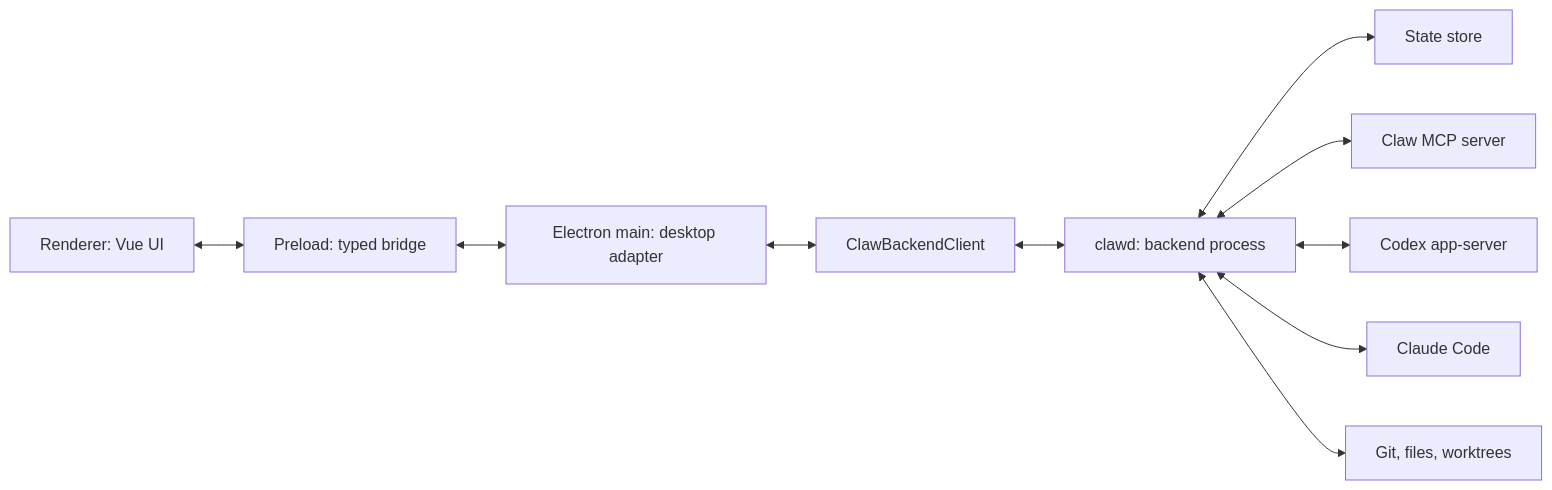
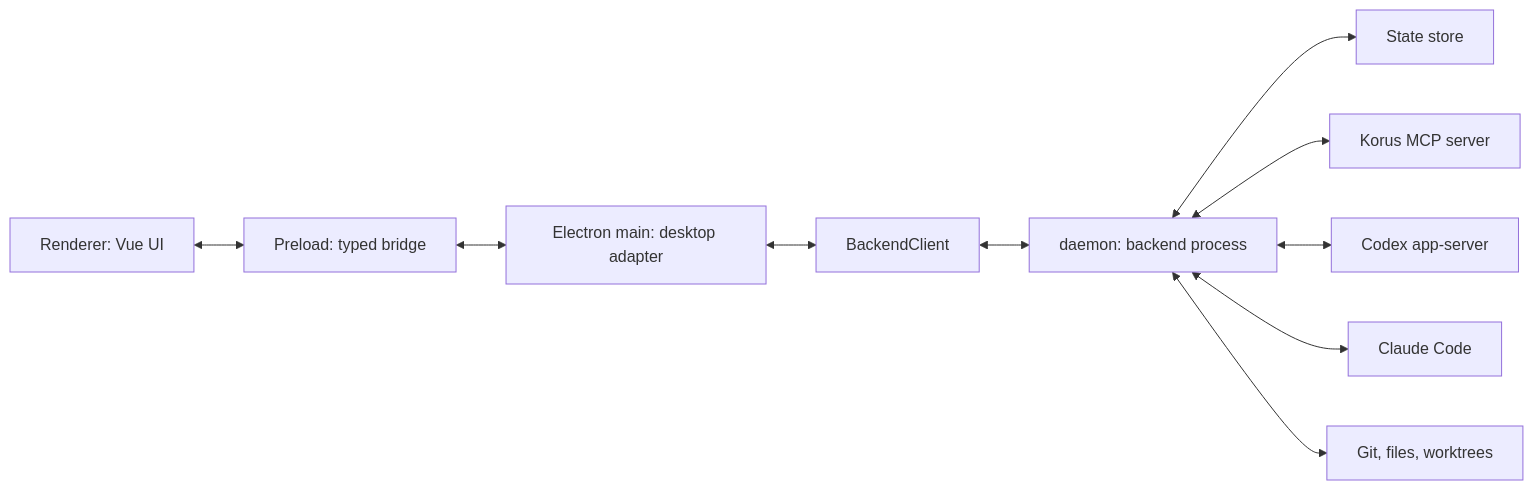
Before and after one commit to nbonamy/codex-claw: the diagram in docs/backend-architecture.md, drawn with Mermaid. The commit also changed other lines of this file and 792 other files, not shown here.

````diff
--- a/docs/backend-architecture.md
+++ b/docs/backend-architecture.md
@@ -430,23 +430,23 @@
 ```mermaid
 flowchart LR
   Renderer["Renderer: Vue UI"]
   Preload["Preload: typed bridge"]
   Main["Electron main: desktop adapter"]
-  Client["ClawBackendClient"]
-  Backend["clawd: backend process"]
+  Client["BackendClient"]
+  Backend["daemon: backend process"]
   Store["State store"]
-  MCP["Claw MCP server"]
+  MCP["Korus MCP server"]
   Codex["Codex app-server"]
   Claude["Claude Code"]
   Git["Git, files, worktrees"]
 
   Renderer <--> Preload
   Preload <--> Main
   Main <--> Client
   Client <--> Backend
   Backend <--> Store
   Backend <--> MCP
   Backend <--> Codex
   Backend <--> Claude
   Backend <--> Git
 ```
````
